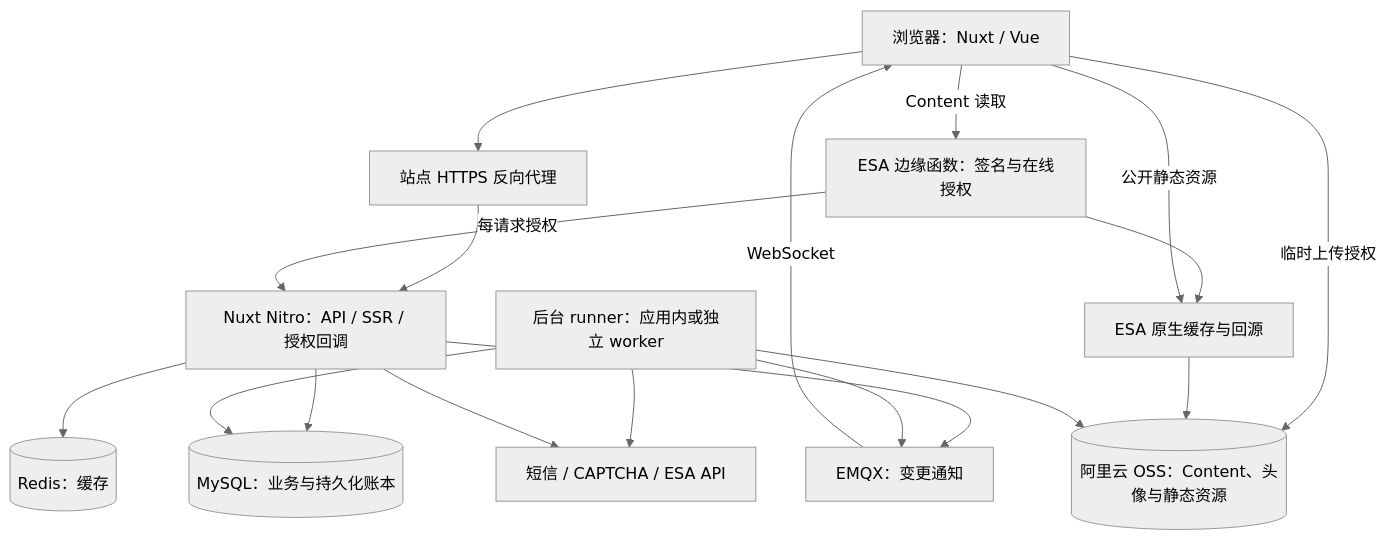
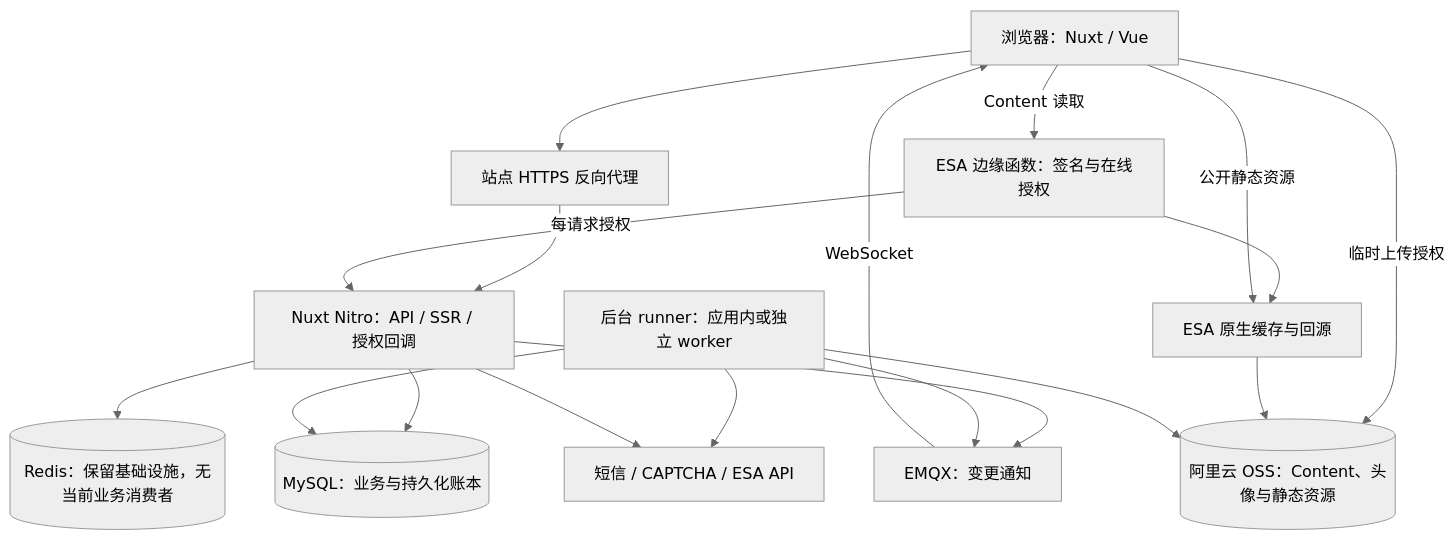
Before and after one commit to tangenty42/stupig.tv: the diagram in docs/architecture.md, drawn with Mermaid (neutral theme). The commit also changed other lines of this file and 161 other files, not shown here.

````diff
--- a/docs/architecture.md
+++ b/docs/architecture.md
@@ -28,30 +28,30 @@
 ```mermaid
 flowchart TB
   Browser[浏览器：Nuxt / Vue]
   Proxy[站点 HTTPS 反向代理]
   App[Nuxt Nitro：API / SSR / 授权回调]
   DB[(MySQL：业务与持久化账本)]
-  Redis[(Redis：缓存)]
+  Redis[(Redis：保留基础设施，无当前业务消费者)]
   MQTT[EMQX：变更通知]
   Edge[ESA 边缘函数：签名与在线授权]
   Delivery[ESA 原生缓存与回源]
   OSS[(阿里云 OSS：Content、头像与静态资源)]
   Runner[后台 runner：应用内或独立 worker]
   Aliyun[短信 / CAPTCHA / ESA API]
 
   Browser --> Proxy --> App
   App --> DB
   App --> Redis
   App --> MQTT
   MQTT -->|WebSocket| Browser
   Browser -->|临时上传授权| OSS
   Browser -->|Content 读取| Edge
   Edge -->|每请求授权| App
   Edge --> Delivery --> OSS
   Runner --> DB
   Runner --> OSS
   Runner --> MQTT
   Runner --> Aliyun
   App --> Aliyun
   Browser -->|公开静态资源| Delivery
 ```
````
